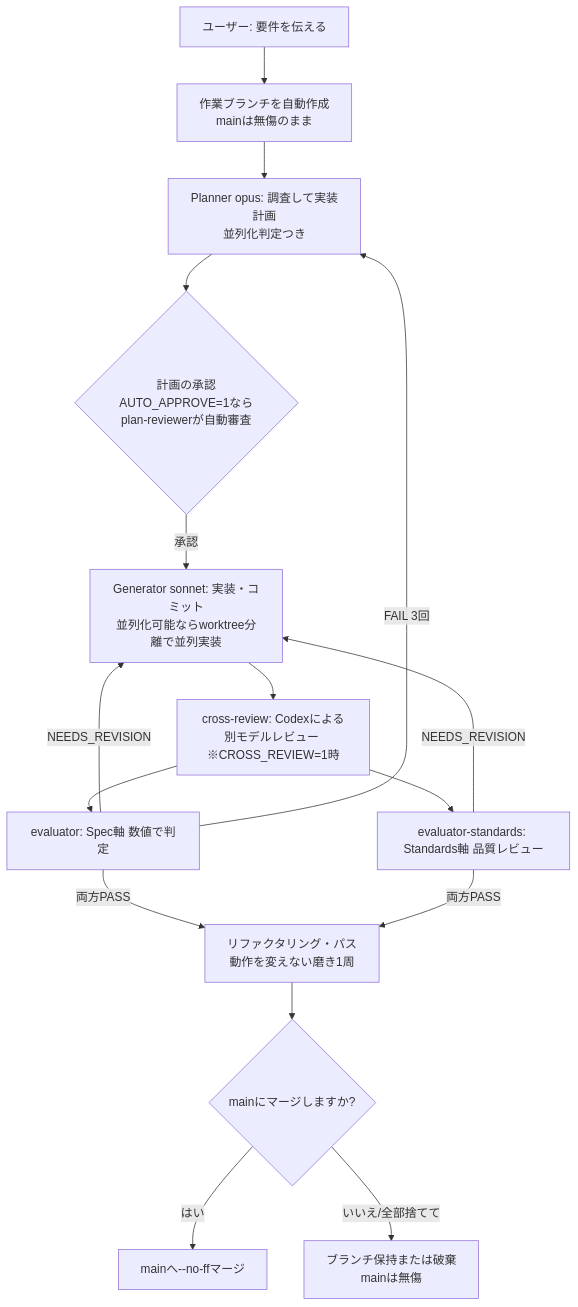
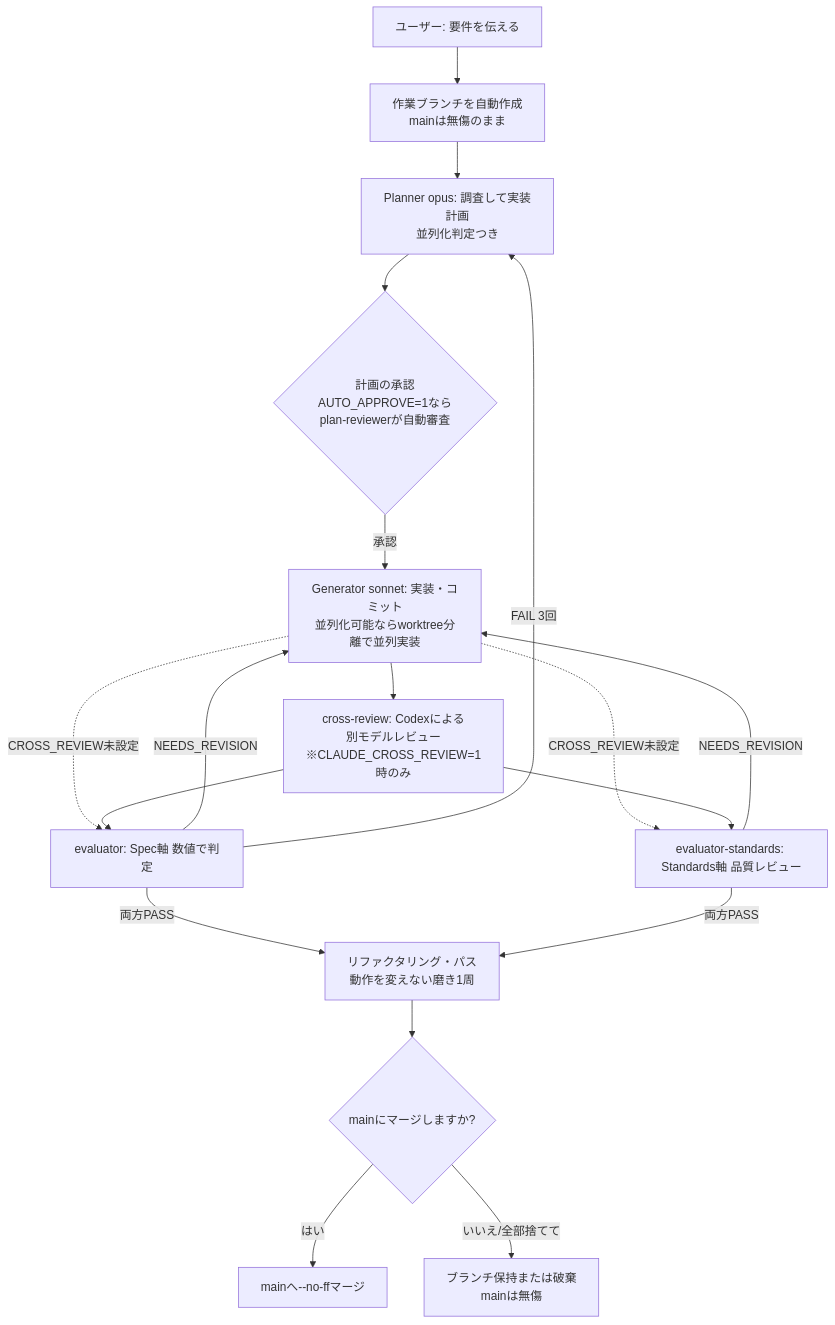
Before and after one commit to takayoshitoyoda05/claude-ml-template: the first of 2 diagrams in README.md, drawn with Mermaid.

Commit message:
docs: ワークフロー図の変数名を正式名に、cross-review無効時のバイパス経路を追加

````diff
--- a/README.md
+++ b/README.md
@@ -7,16 +7,18 @@
 ```mermaid
 flowchart TD
     A[ユーザー: 要件を伝える] --> BR[作業ブランチを自動作成<br>mainは無傷のまま]
     BR --> B[Planner opus: 調査して実装計画<br>並列化判定つき]
     B --> C{計画の承認<br>AUTO_APPROVE=1ならplan-reviewerが自動審査}
     C -->|承認| D[Generator sonnet: 実装・コミット<br>並列化可能ならworktree分離で並列実装]
-    D --> X[cross-review: Codexによる<br>別モデルレビュー ※CROSS_REVIEW=1時]
+    D --> X[cross-review: Codexによる<br>別モデルレビュー<br>※CLAUDE_CROSS_REVIEW=1時のみ]
+    D -.->|CROSS_REVIEW未設定| E
+    D -.->|CROSS_REVIEW未設定| F
     X --> E[evaluator: Spec軸 数値で判定]
     X --> F[evaluator-standards: Standards軸 品質レビュー]
     E & F -->|両方PASS| P[リファクタリング・パス<br>動作を変えない磨き1周]
     E & F -->|NEEDS_REVISION| D
     E -->|FAIL 3回| B
     P --> M{mainにマージしますか?}
     M -->|はい| G[mainへ--no-ffマージ]
     M -->|いいえ/全部捨てて| K[ブランチ保持または破棄<br>mainは無傷]
 ```
````
